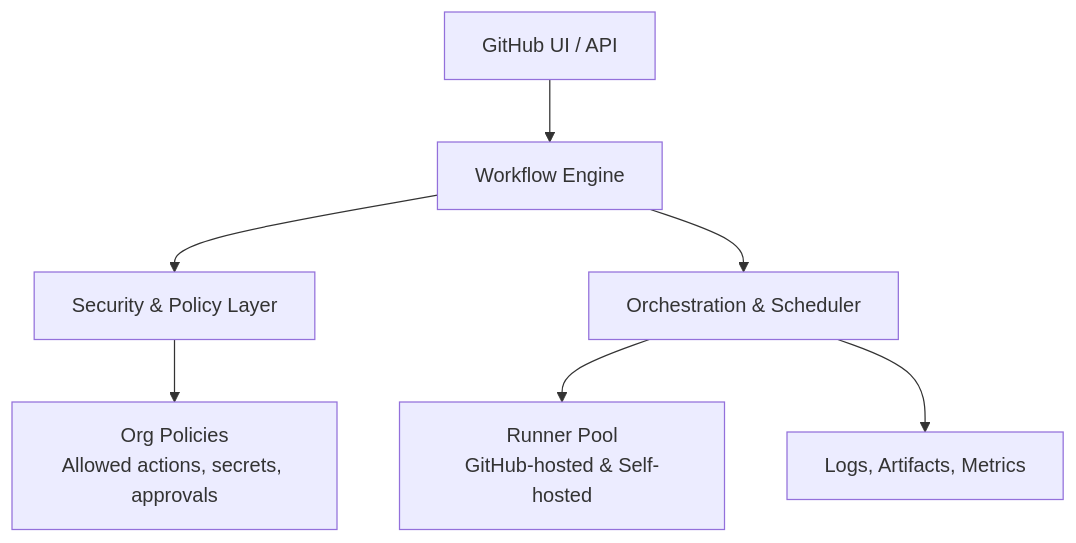
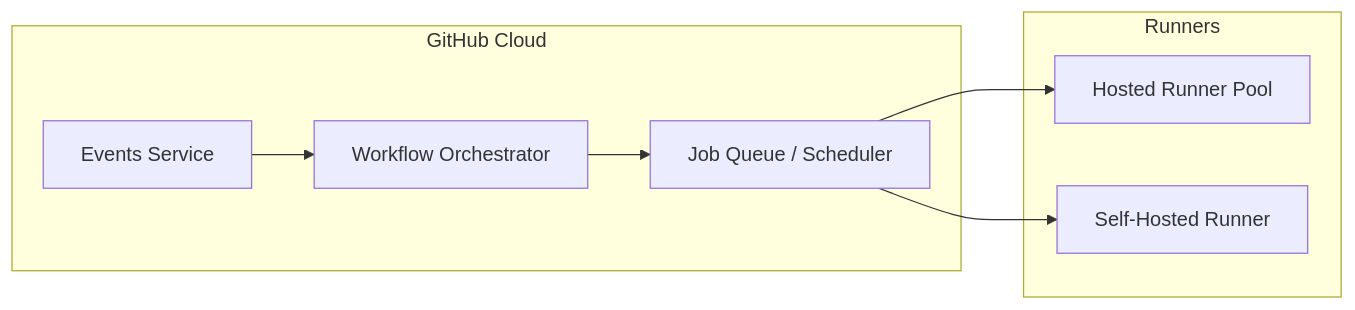
The fifth of 21 diagrams in Composite/S02-CompositeBuildGraph/case-studies/GitHub-Actions.md (VishuKalier2003/System-Design-Components), drawn with Mermaid before and after one commit. The commit also changed other lines of this file, not shown here.

````diff
--- a/Composite/S02-CompositeBuildGraph/case-studies/GitHub-Actions.md
+++ b/Composite/S02-CompositeBuildGraph/case-studies/GitHub-Actions.md
@@ -195,9 +185,18 @@
 ```mermaid
-graph TD
-    UI[GitHub UI / API] --> WF[Workflow Engine]
-    WF --> SEC[Security & Policy Layer]
-    WF --> ORCH[Orchestration & Scheduler]
-    ORCH --> RUN[Runner Pool<br/>GitHub-hosted & Self-hosted]
-    ORCH --> OBS[Logs, Artifacts, Metrics]
-    SEC --> ORG[Org Policies<br/>Allowed actions, secrets, approvals]
+flowchart LR
+    subgraph GitHub Cloud
+        E[Events Service]
+        W[Workflow Orchestrator]
+        Q[Job Queue / Scheduler]
+    end
+
+    subgraph Runners
+        R1[Hosted Runner Pool]
+        R2[Self-Hosted Runner]
+    end
+
+    E --> W
+    W --> Q
+    Q --> R1
+    Q --> R2
 ```
````
